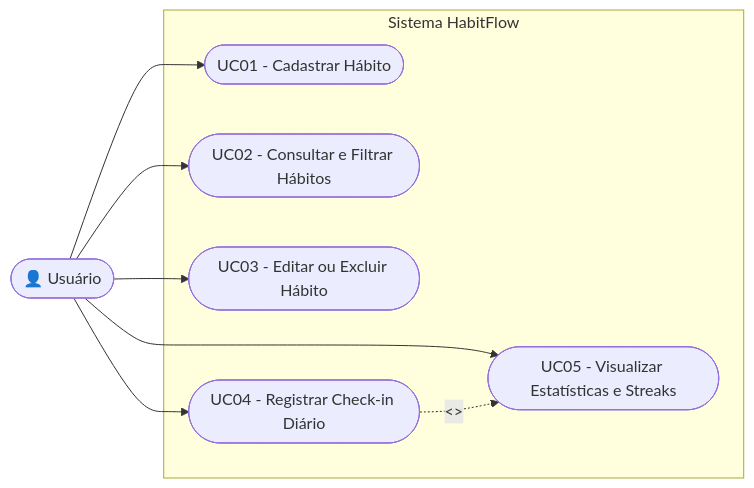
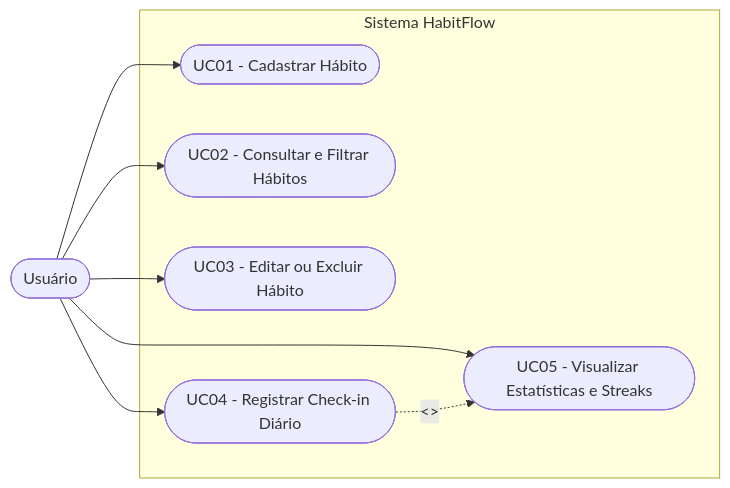
One commit to Molimpion/habit-tracker changed the diagram in docs/casos-de-uso.md. Above: the diagram before and after it, drawn with Mermaid. The commit also changed other lines of this file and 4 other files, not shown here.

````diff
--- a/docs/casos-de-uso.md
+++ b/docs/casos-de-uso.md
@@ -18,19 +18,19 @@
 ```mermaid
 flowchart LR
-    User(["👤 Usuário"])
+    User(["Usuário"])
     
     subgraph HabitFlow ["Sistema HabitFlow"]
         UC01(["UC01 - Cadastrar Hábito"])
         UC02(["UC02 - Consultar e Filtrar Hábitos"])
         UC03(["UC03 - Editar ou Excluir Hábito"])
         UC04(["UC04 - Registrar Check-in Diário"])
         UC05(["UC05 - Visualizar Estatísticas e Streaks"])
     end
 
     User --> UC01
     User --> UC02
     User --> UC03
     User --> UC04
     User --> UC05
     UC04 -. "<<include>>" .-> UC05
 ```
````
